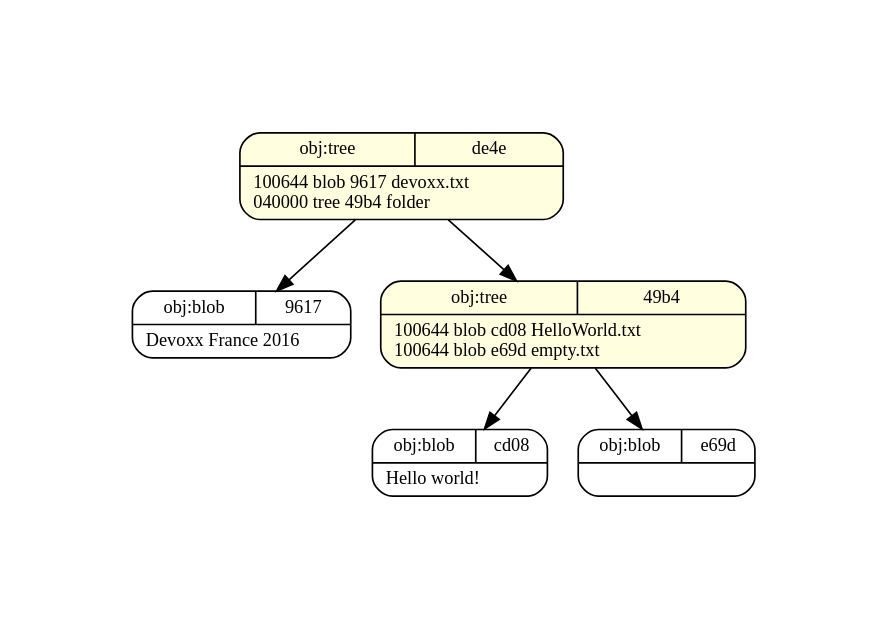
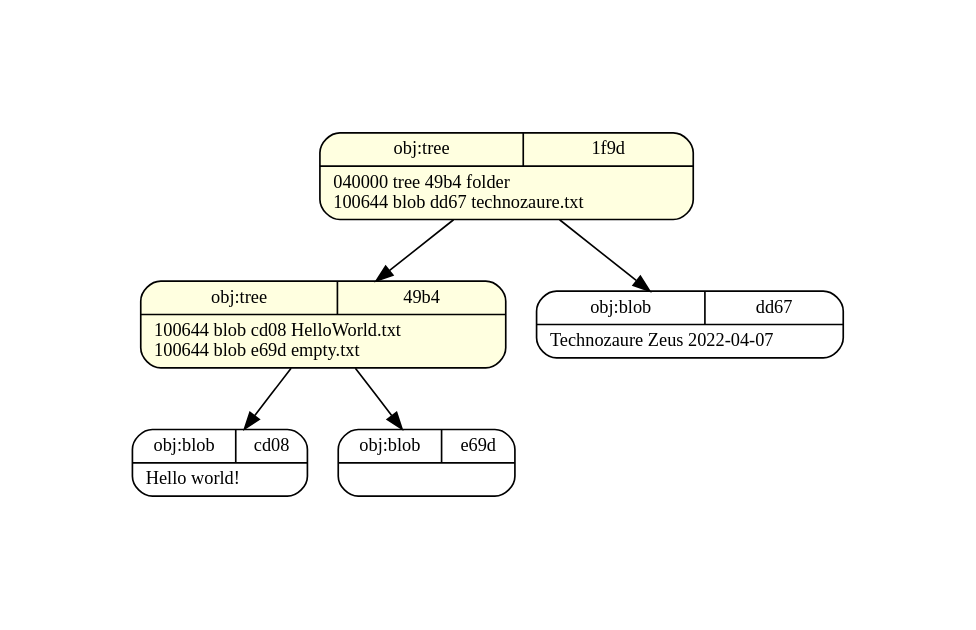
The diagram in create_trees.dot (zigarn/git-internals), drawn with Graphviz before and after one commit. The commit also changed 10 other files, not shown here.

```diff
--- a/create_trees.dot
+++ b/create_trees.dot
@@ -1,14 +1,14 @@
 digraph structs {
   pad="1,1";
   node [shape=record,fontsize=11];
   rankdir="TB";
-  _de4e [fillcolor="lightyellow", style="filled,rounded", label="{{obj:tree|de4e}|100644\ blob\ 9617\	devoxx\.txt\l040000\ tree\ 49b4\	folder\l}"]
-  _de4e -> _9617
-  _de4e -> _49b4
+  _1f9d [fillcolor="lightyellow", style="filled,rounded", label="{{obj:tree|1f9d}|040000\ tree\ 49b4\	folder\l100644\ blob\ dd67\	technozaure.txt\l}"]
+  _1f9d -> _49b4
+  _1f9d -> _dd67
   _cd08 [fillcolor="white", style="filled,rounded", label="{{obj:blob|cd08}|Hello\ world\!\l}"]
   _e69d [fillcolor="white", style="filled,rounded", label="{{obj:blob|e69d}|}"]
   _49b4 [fillcolor="lightyellow", style="filled,rounded", label="{{obj:tree|49b4}|100644\ blob\ cd08\	HelloWorld\.txt\l100644\ blob\ e69d\	empty\.txt\l}"]
   _49b4 -> _cd08
   _49b4 -> _e69d
-  _9617 [fillcolor="white", style="filled,rounded", label="{{obj:blob|9617}|Devoxx\ France\ 2016\l}"]
+  _dd67 [fillcolor="white", style="filled,rounded", label="{{obj:blob|dd67}|Technozaure\ Zeus\ 2022-04-07\l}"]
 }
```
